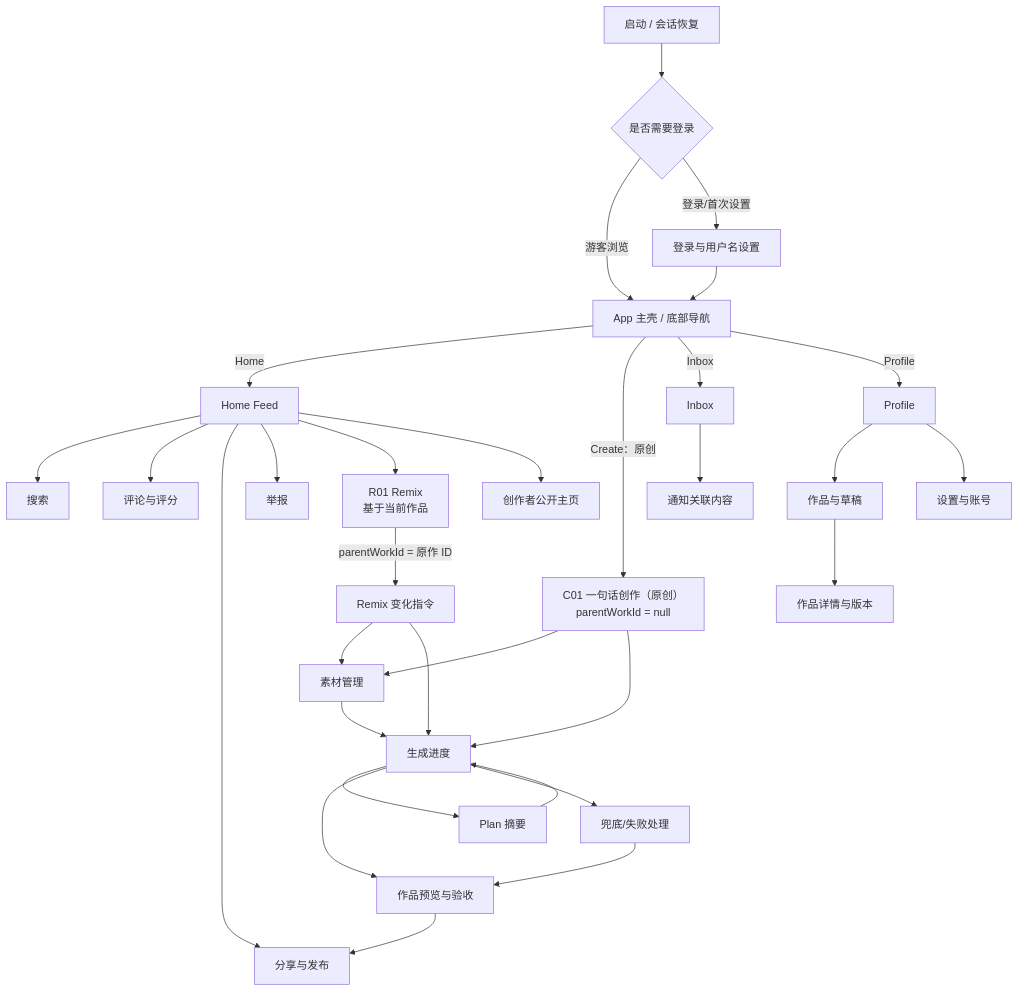
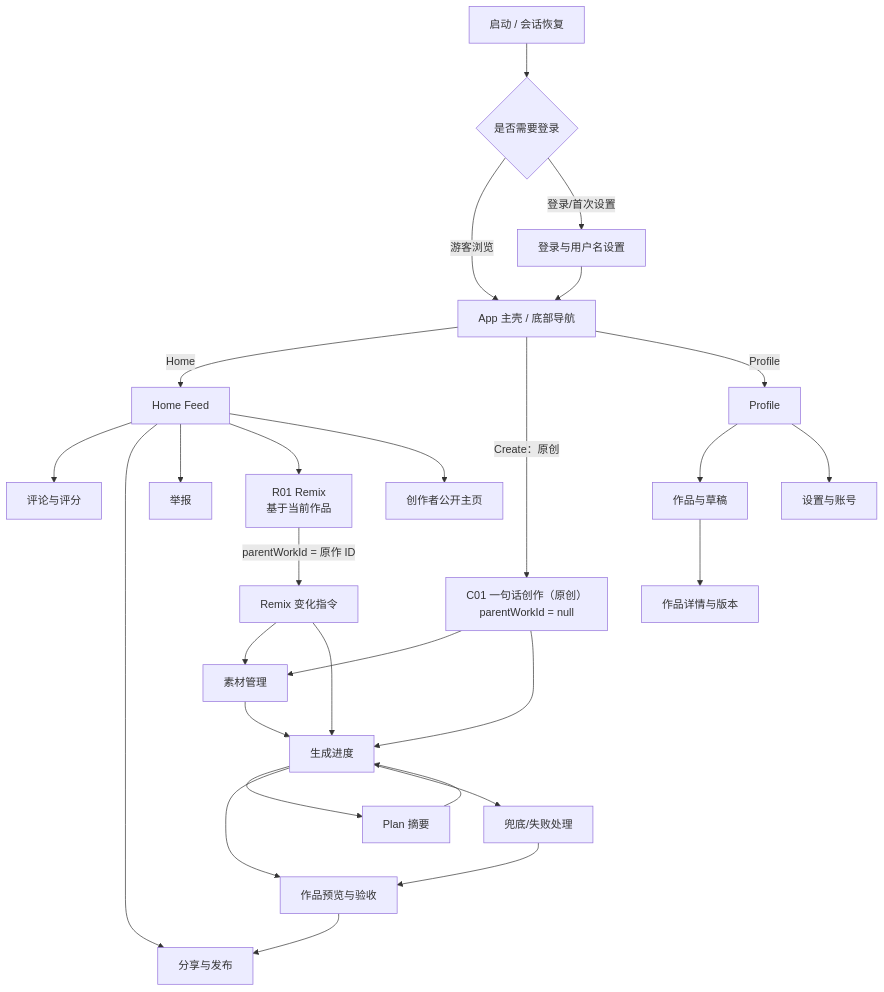
The first of 2 diagrams in docs/Pulse客户端页面设计PRD.md (shikanon/pulse-ios), drawn with Mermaid before and after one commit. The commit also changed other lines of this file and 82 other files, not shown here.

````diff
--- a/docs/Pulse客户端页面设计PRD.md
+++ b/docs/Pulse客户端页面设计PRD.md
@@ -82,37 +83,34 @@
 ```mermaid
 flowchart TD
     L["启动 / 会话恢复"] --> A{"是否需要登录"}
     A -->|游客浏览| NAV["App 主壳 / 底部导航"]
     A -->|登录/首次设置| AU["登录与用户名设置"]
     AU --> NAV
 
     NAV -->|Home| H["Home Feed"]
     NAV -->|Create：原创| CR["C01 一句话创作（原创）\nparentWorkId = null"]
-    NAV -->|Inbox| I["Inbox"]
     NAV -->|Profile| P["Profile"]
 
-    H --> S["搜索"]
     H --> CM["评论与评分"]
     H --> SH["分享与发布"]
     H --> RP["举报"]
     H --> RX["R01 Remix\n基于当前作品"]
 
     RX -->|parentWorkId = 原作 ID| RCR["Remix 变化指令"]
     CR --> AS["素材管理"]
     CR --> GP["生成进度"]
     RCR --> AS
     RCR --> GP
     AS --> GP
     GP --> PS["Plan 摘要"]
     GP --> PV["作品预览与验收"]
     GP --> FB["兜底/失败处理"]
     PS --> GP
     FB --> PV
     PV --> SH
 
     H --> CP["创作者公开主页"]
-    I --> ND["通知关联内容"]
     P --> WL["作品与草稿"]
     WL --> WD["作品详情与版本"]
     P --> ST["设置与账号"]
 ```
````
